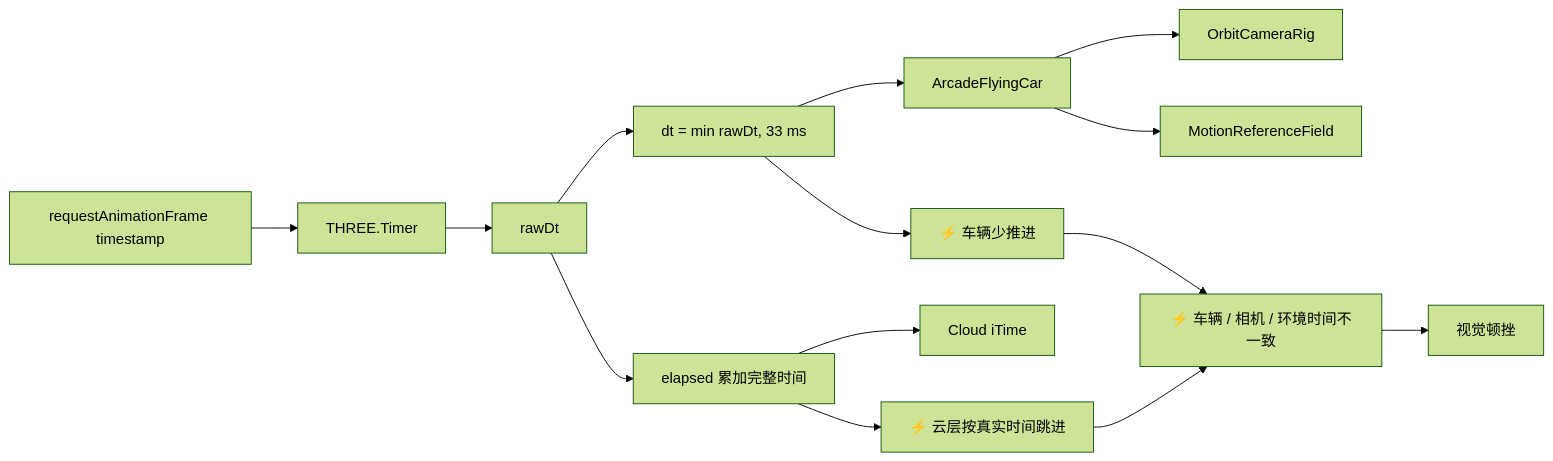
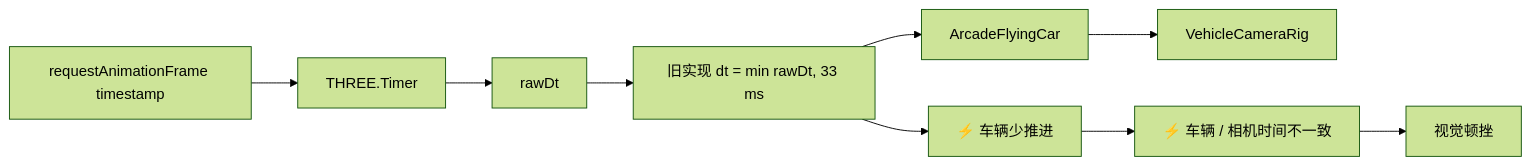
Before and after one commit to 64n-goxutech/shader-roam: the first of 2 diagrams in docs/dev/sunset-drive/vehicle-frame-pacing.md, drawn with Mermaid (forest theme). The commit also changed other lines of this file and 13 other files, not shown here.

Commit message:
fix(core-drive): stabilize vehicle and camera motion

````diff
--- a/docs/dev/sunset-drive/vehicle-frame-pacing.md
+++ b/docs/dev/sunset-drive/vehicle-frame-pacing.md
@@ -12,16 +12,11 @@
 ```mermaid
 flowchart LR
     RAF[requestAnimationFrame timestamp] --> Timer[THREE.Timer]
     Timer --> RawDelta[rawDt]
-    RawDelta --> Clamp[dt = min rawDt, 33 ms]
-    RawDelta --> Elapsed[elapsed 累加完整时间]
+    RawDelta --> Clamp[旧实现 dt = min rawDt, 33 ms]
     Clamp --> Vehicle[ArcadeFlyingCar]
-    Vehicle --> Camera[OrbitCameraRig]
-    Vehicle --> References[MotionReferenceField]
-    Elapsed --> Cloud[Cloud iTime]
+    Vehicle --> Camera[VehicleCameraRig]
     Clamp --> ShortMove[⚡ 车辆少推进]
-    Elapsed --> FullJump[⚡ 云层按真实时间跳进]
-    ShortMove --> Mismatch[⚡ 车辆 / 相机 / 环境时间不一致]
-    FullJump --> Mismatch
+    ShortMove --> Mismatch[⚡ 车辆 / 相机时间不一致]
     Mismatch --> Stutter[视觉顿挫]
 ```
````
